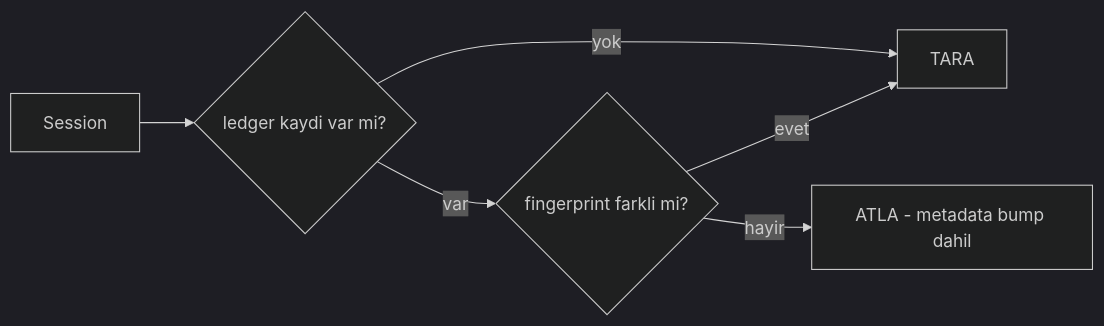
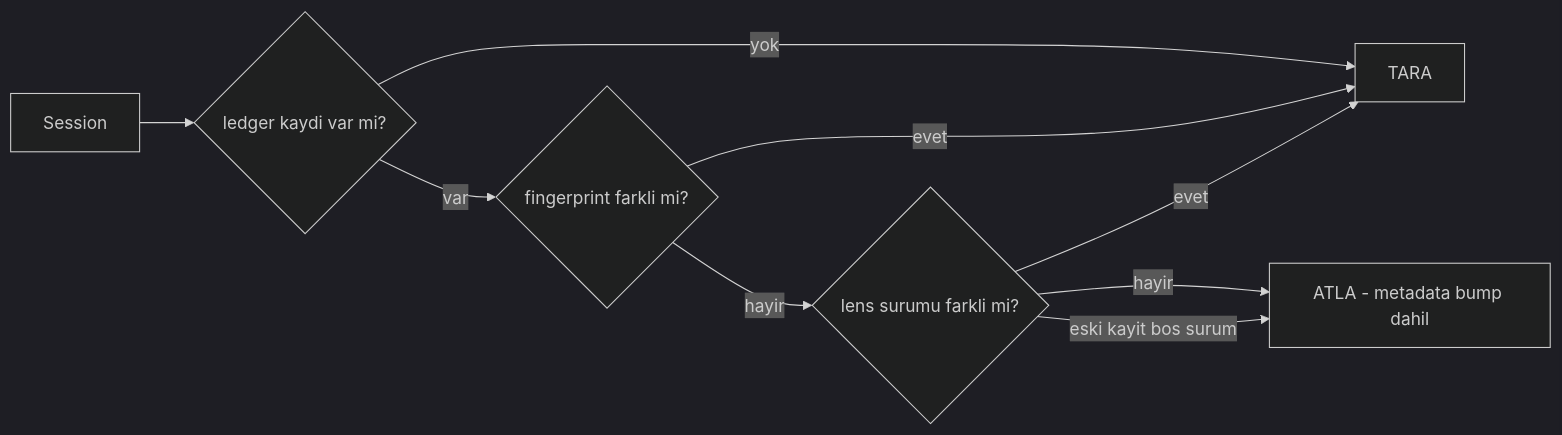
Before and after one commit to bilal-arikan/tionharness: the first of 4 diagrams in _Docs/60-RETROSPEKTIF-TARAMA.md, drawn with Mermaid (dark theme). The commit also changed other lines of this file and 7 other files, not shown here.

````diff
--- a/_Docs/60-RETROSPEKTIF-TARAMA.md
+++ b/_Docs/60-RETROSPEKTIF-TARAMA.md
@@ -190,8 +207,11 @@
 ```mermaid
 graph LR
     A[Session] --> B{ledger kaydi var mi?}
     B -- yok --> R[TARA]
     B -- var --> D{fingerprint farkli mi?}
     D -- evet --> R[TARA]
-    D -- hayir --> S[ATLA - metadata bump dahil]
+    D -- hayir --> V{lens surumu farkli mi?}
+    V -- evet --> R[TARA]
+    V -- hayir --> S[ATLA - metadata bump dahil]
+    V -- eski kayit bos surum --> S
 ```
````
